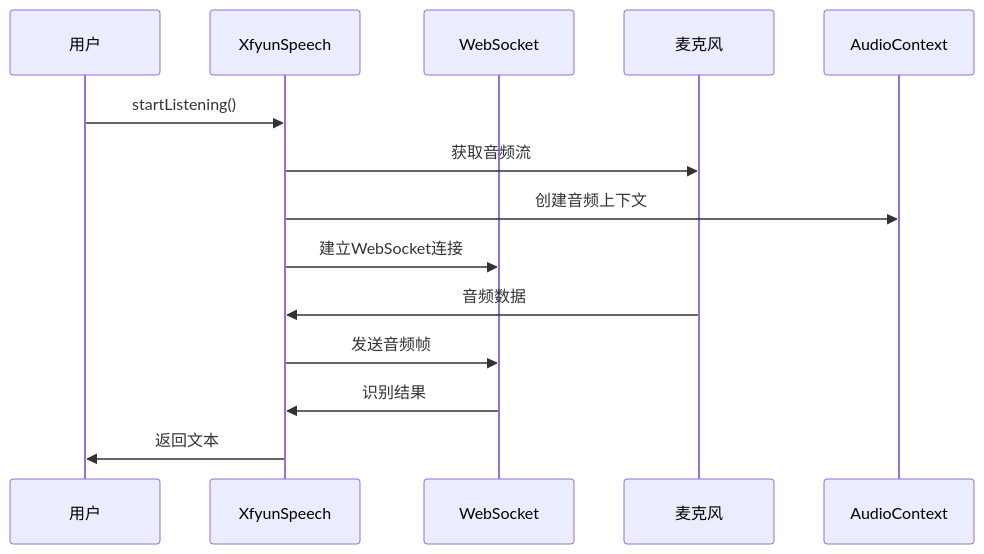
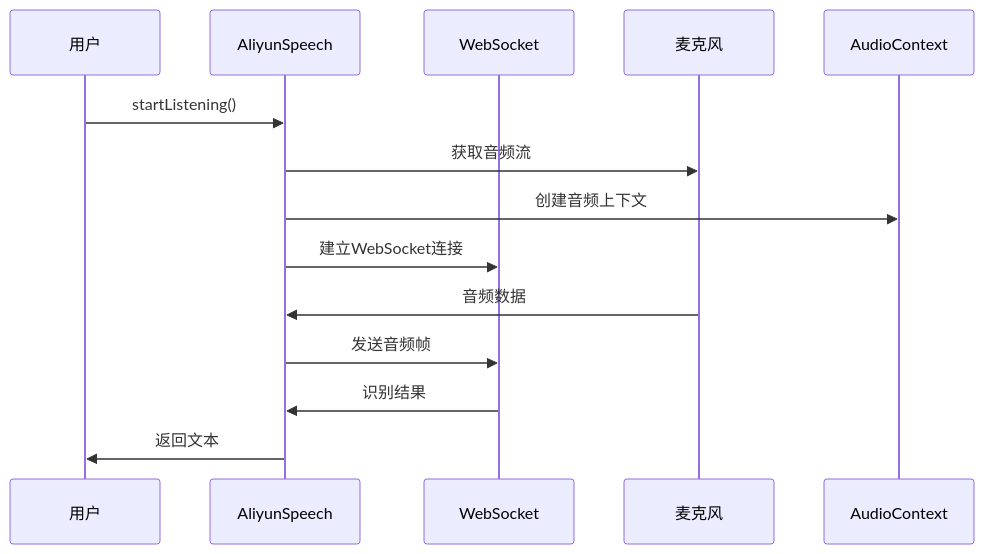
The eighth of 8 diagrams in .qoder/repowiki/zh/content/快速开始.md (db300/MySpeechRecognition), drawn with Mermaid before and after one commit. The commit also changed other lines of this file and 15 other files, not shown here.

````diff
--- a/.qoder/repowiki/zh/content/快速开始.md
+++ b/.qoder/repowiki/zh/content/快速开始.md
@@ -358,16 +365,16 @@
 ```mermaid
 sequenceDiagram
 participant U as 用户
-participant X as XfyunSpeech
+participant A as AliyunSpeech
 participant WS as WebSocket
 participant MC as 麦克风
 participant AC as AudioContext
-U->>X : startListening()
-X->>MC : 获取音频流
-X->>AC : 创建音频上下文
-X->>WS : 建立WebSocket连接
-MC->>X : 音频数据
-X->>WS : 发送音频帧
-WS->>X : 识别结果
-X->>U : 返回文本
+U->>A : startListening()
+A->>MC : 获取音频流
+A->>AC : 创建音频上下文
+A->>WS : 建立WebSocket连接
+MC->>A : 音频数据
+A->>WS : 发送音频帧
+WS->>A : 识别结果
+A->>U : 返回文本
 ```
````
